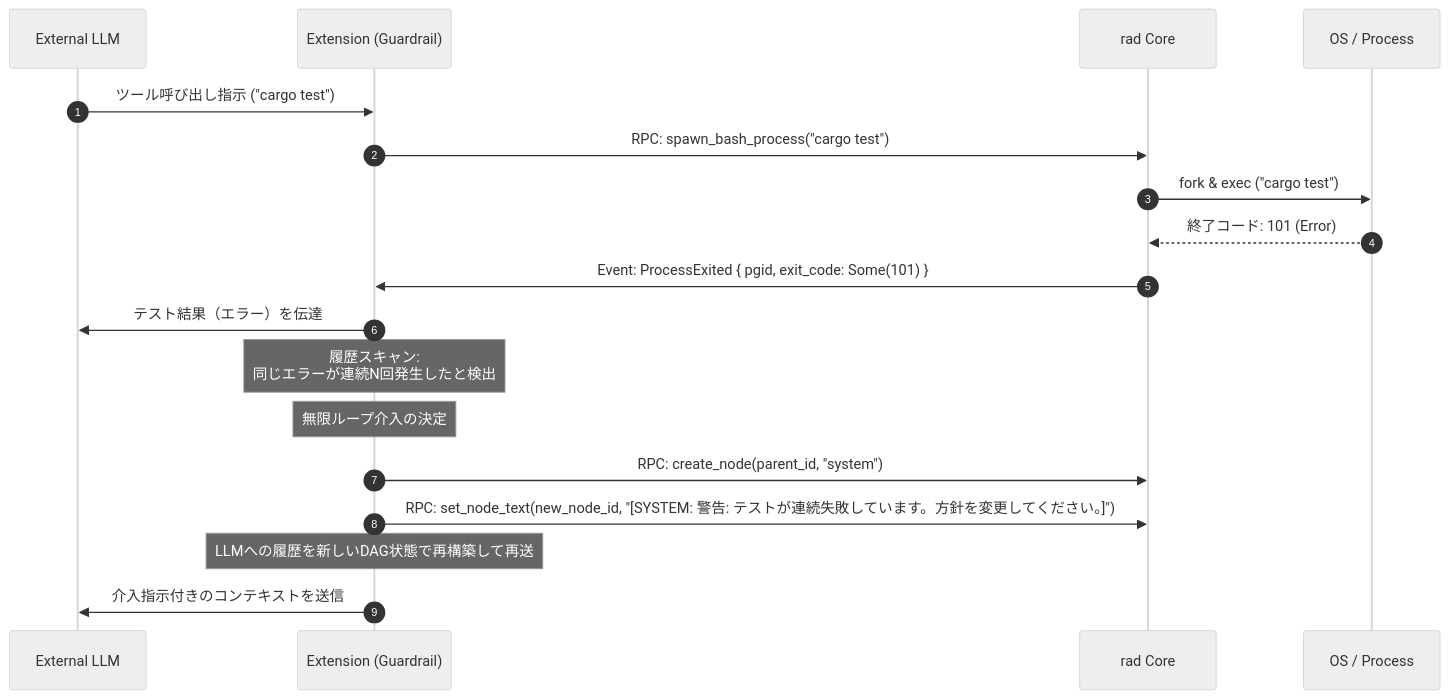
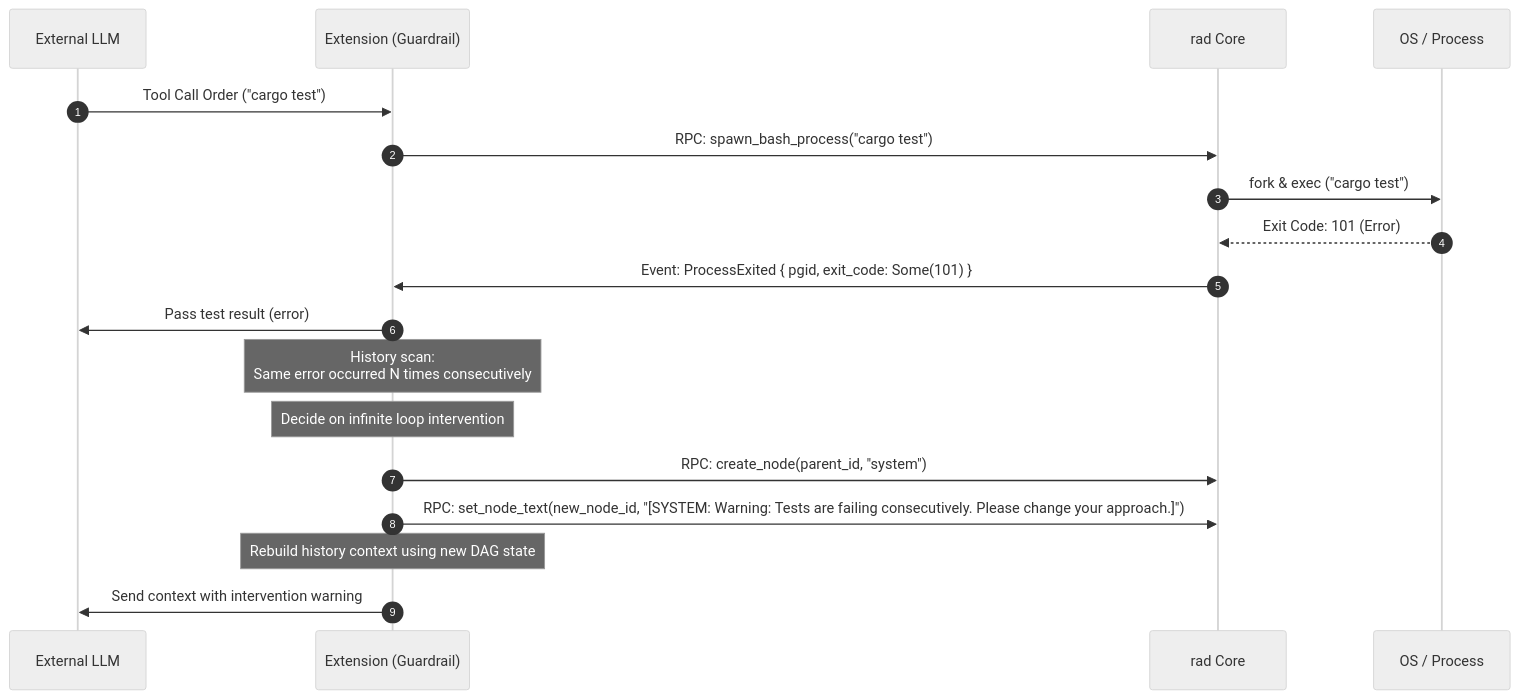
Before and after one commit to akahmys/rad: the second of 4 diagrams in ARCHITECTURE.md, drawn with Mermaid (neutral theme). The commit also changed other lines of this file and 4 other files, not shown here.

````diff
--- a/ARCHITECTURE.md
+++ b/ARCHITECTURE.md
@@ -277,23 +277,23 @@
 ```mermaid
 sequenceDiagram
     autonumber
     participant LLM as External LLM
     participant Ext as Extension (Guardrail)
     participant Core as rad Core
     participant OS as OS / Process
 
-    LLM->>Ext: ツール呼び出し指示 ("cargo test")
+    LLM->>Ext: Tool Call Order ("cargo test")
     Ext->>Core: RPC: spawn_bash_process("cargo test")
     Core->>OS: fork & exec ("cargo test")
-    OS-->>Core: 終了コード: 101 (Error)
+    OS-->>Core: Exit Code: 101 (Error)
     Core->>Ext: Event: ProcessExited { pgid, exit_code: Some(101) }
-    Ext->>LLM: テスト結果（エラー）を伝達
+    Ext->>LLM: Pass test result (error)
 
-    Note over Ext: 履歴スキャン: <br>同じエラーが連続N回発生したと検出
+    Note over Ext: History scan: <br>Same error occurred N times consecutively
 
-    Note over Ext: 無限ループ介入の決定
+    Note over Ext: Decide on infinite loop intervention
     Ext->>Core: RPC: create_node(parent_id, "system")
-    Ext->>Core: RPC: set_node_text(new_node_id, "[SYSTEM: 警告: テストが連続失敗しています。方針を変更してください。]")
-    Note over Ext: LLMへの履歴を新しいDAG状態で再構築して再送
-    Ext->>LLM: 介入指示付きのコンテキストを送信
+    Ext->>Core: RPC: set_node_text(new_node_id, "[SYSTEM: Warning: Tests are failing consecutively. Please change your approach.]")
+    Note over Ext: Rebuild history context using new DAG state
+    Ext->>LLM: Send context with intervention warning
 ```
````
